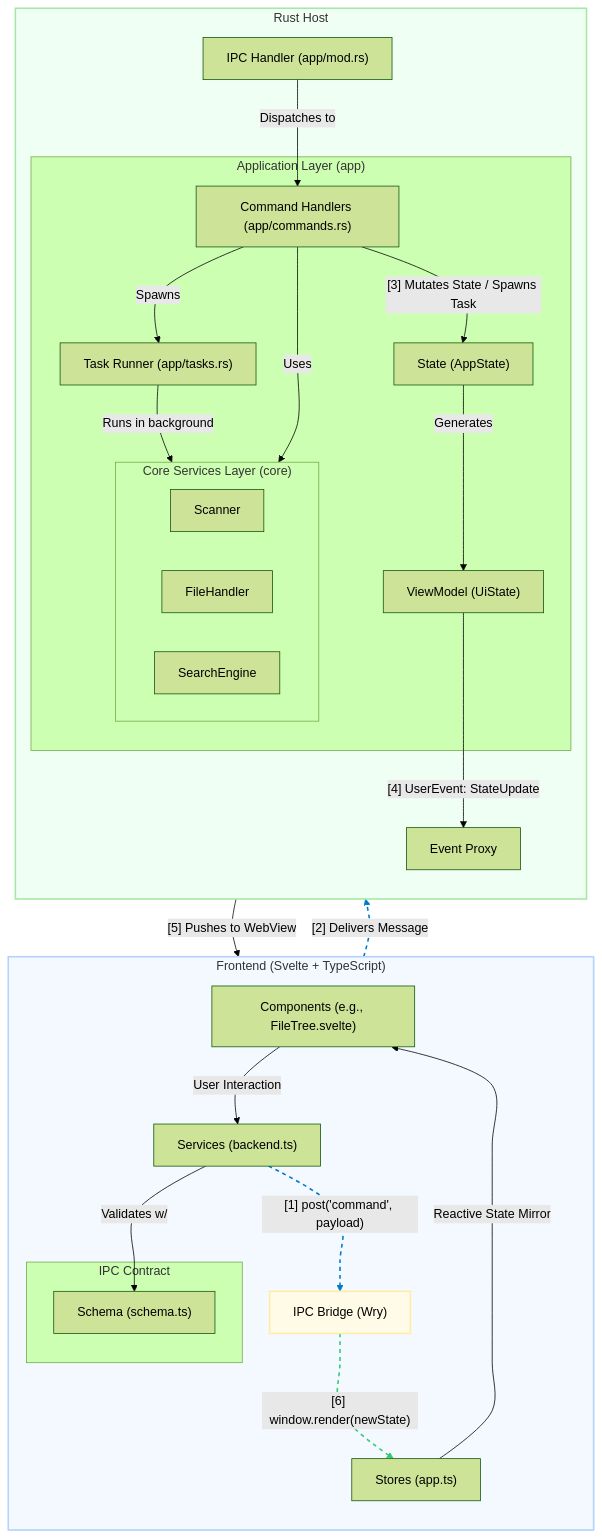
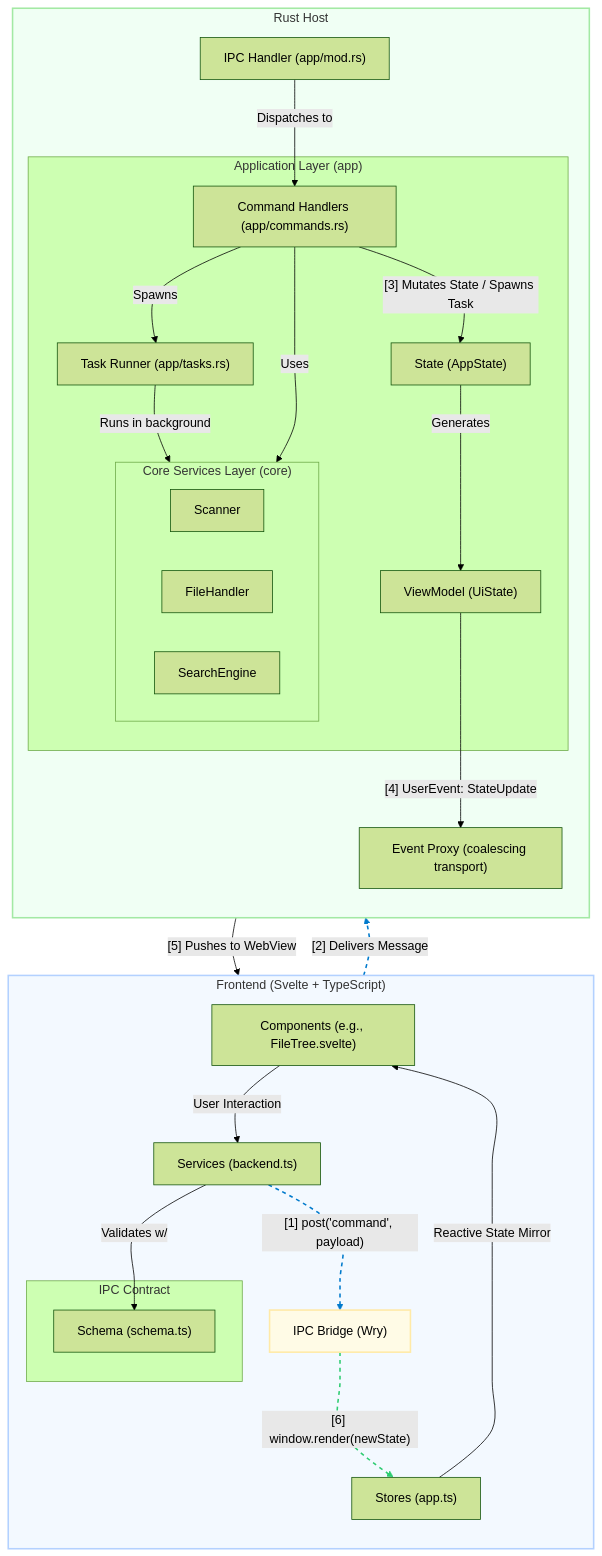
The diagram in docs/architecture.md (src-dbgr/context-file-concat), drawn with Mermaid (forest theme) before and after one commit. The commit also changed other lines of this file and 3 other files, not shown here.

````diff
--- a/docs/architecture.md
+++ b/docs/architecture.md
@@ -20,59 +20,59 @@
 ```mermaid
 graph TD
     %%{init: {'flowchart': {'curve': 'catmullRom'}} }%%
 
     subgraph FE["Frontend (Svelte + TypeScript)"]
         direction TB
         C5["Components (e.g., FileTree.svelte)"] -- "User Interaction" --> C3["Services (backend.ts)"]
         C3 -. "[1] post('command', payload)" .-> IPC
         C4["Stores (app.ts)"] -- "Reactive State Mirror" --> C5
 
         subgraph F_IPC ["IPC Contract"]
            C1["Schema (schema.ts)"]
         end
         C3 -- "Validates w/" --> C1
     end
 
     IPC["IPC Bridge (Wry)"]
     IPC -- "[2] Delivers Message" --> B1
 
     subgraph HOST["Rust Host"]
         direction TB
         B1["IPC Handler (app/mod.rs)"] -- "Dispatches to" --> B2["Command Handlers (app/commands.rs)"]
 
         subgraph APP ["Application Layer (app)"]
             B2 -- "[3] Mutates State / Spawns Task" --> B3["State (AppState)"]
             TASKS["Task Runner (app/tasks.rs)"] -- "Runs in background" --> CORE
             B2 -- "Spawns" --> TASKS
             B3 -- "Generates" --> VM["ViewModel (UiState)"]
         end
 
         subgraph CORE ["Core Services Layer (core)"]
             A1["Scanner"]
             A2["FileHandler"]
             A3["SearchEngine"]
         end
 
         B2 -- "Uses" --> CORE
-        VM -- "[4] UserEvent: StateUpdate" --> EV["Event Proxy"]
+        VM -- "[4] UserEvent: StateUpdate" --> EV["Event Proxy (coalescing transport)"]
         EV -- "[5] Pushes to WebView" --> IPC
     end
 
     IPC -. "[6] window.render(newState)" .-> C4
 
     %% Style the two primary IPC flows for visual distinction
     %% Command Flow (UI -> Host) is blue
     linkStyle 1 stroke:#007acc,stroke-width:2px,stroke-dasharray:5 5
     linkStyle 4 stroke:#007acc,stroke-width:2px,stroke-dasharray:5 5
 
     %% State Update Flow (Host -> UI) is green
     linkStyle 13 stroke:#2ecc71,stroke-width:2px,stroke-dasharray:5 5
 
     classDef fe fill:#f3f9ff,stroke:#b3d1ff,stroke-width:2px;
     classDef host fill:#f0fff4,stroke:#a3e9a4,stroke-width:2px;
     classDef ipc fill:#fffbe6,stroke:#ffeaa7,stroke-width:2px;
 
     class FE fe;
     class HOST host;
     class IPC ipc;
 ```
````
